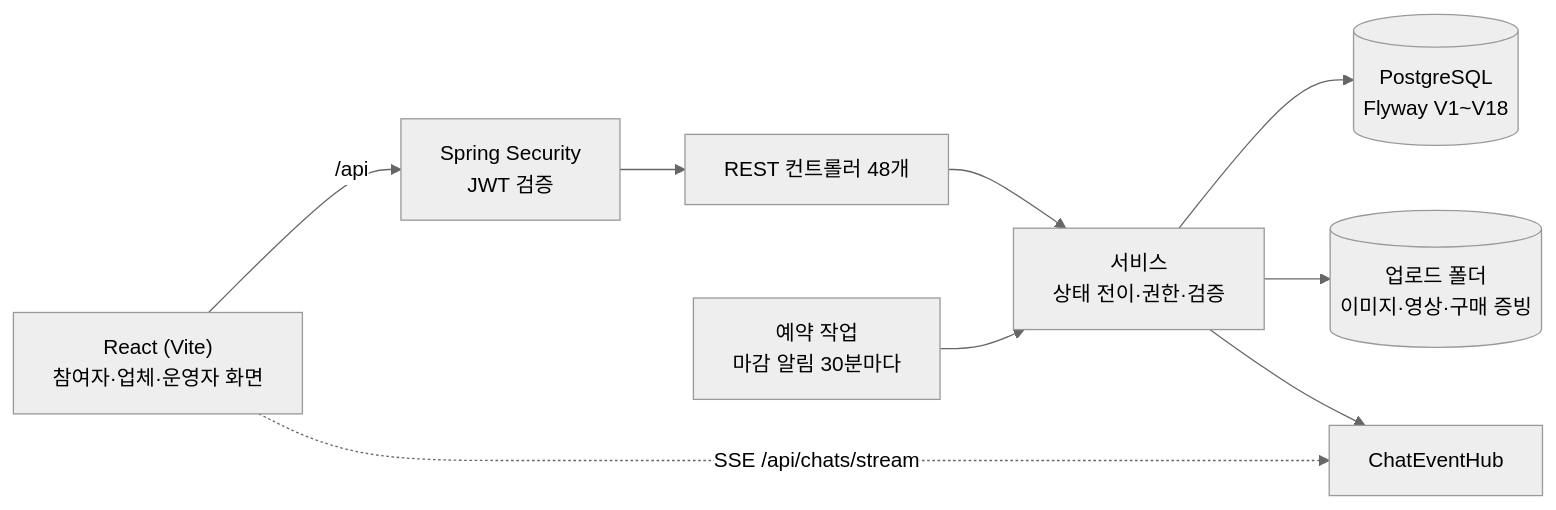
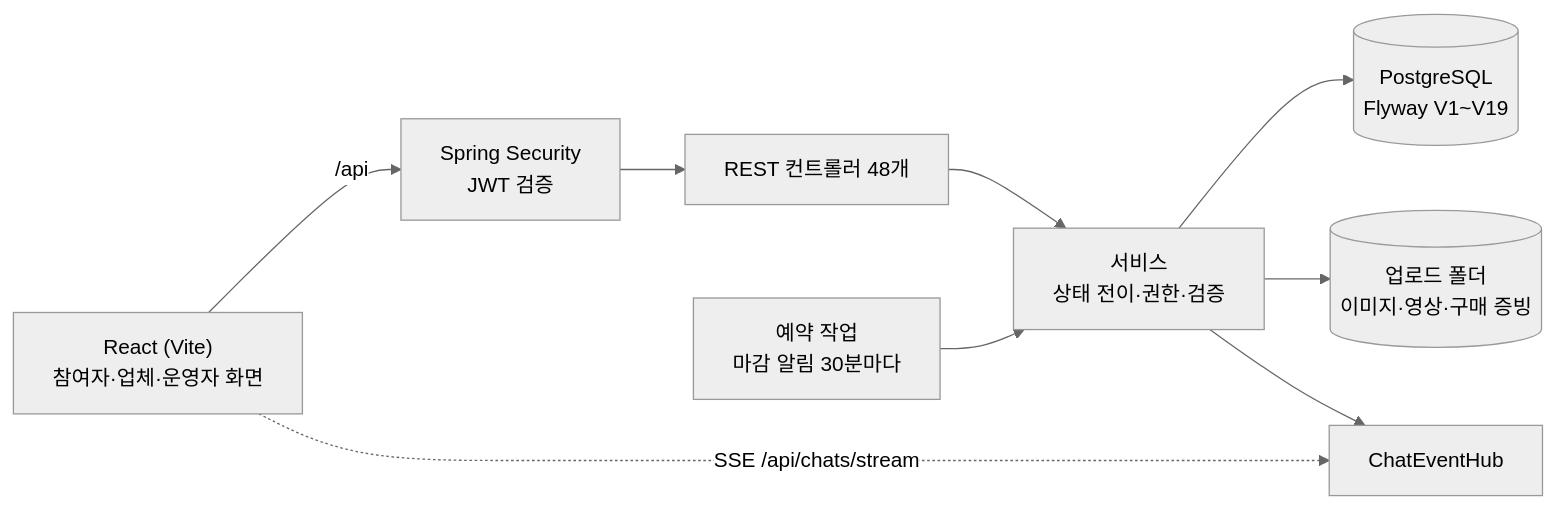
The first of 2 diagrams in README.md (yoo-jin-k/movrit-backend), drawn with Mermaid (neutral theme) before and after one commit. The commit also changed other lines of this file and 13 other files, not shown here.

````diff
--- a/README.md
+++ b/README.md
@@ -73,10 +73,10 @@
 ```mermaid
 flowchart LR
   FE["React (Vite)<br/>참여자·업체·운영자 화면"] -- "/api" --> SEC["Spring Security<br/>JWT 검증"]
   FE -. "SSE /api/chats/stream" .-> CHAT["ChatEventHub"]
   SEC --> API["REST 컨트롤러 48개"] --> SVC["서비스<br/>상태 전이·권한·검증"]
-  SVC --> DB[("PostgreSQL<br/>Flyway V1~V18")]
+  SVC --> DB[("PostgreSQL<br/>Flyway V1~V19")]
   SVC --> FS[("업로드 폴더<br/>이미지·영상·구매 증빙")]
   SVC --> CHAT
   JOB["예약 작업<br/>마감 알림 30분마다"] --> SVC
 ```
````
